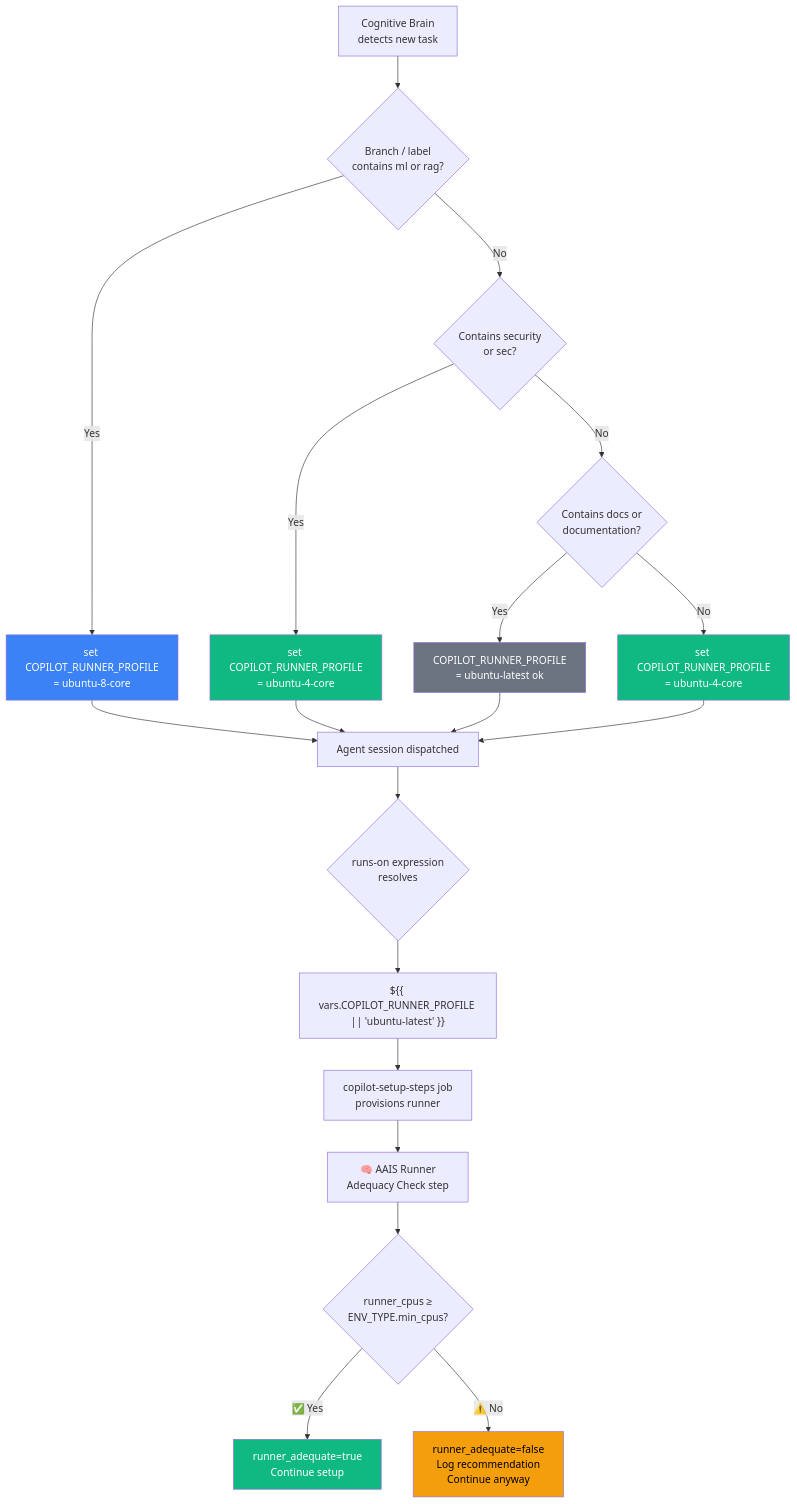
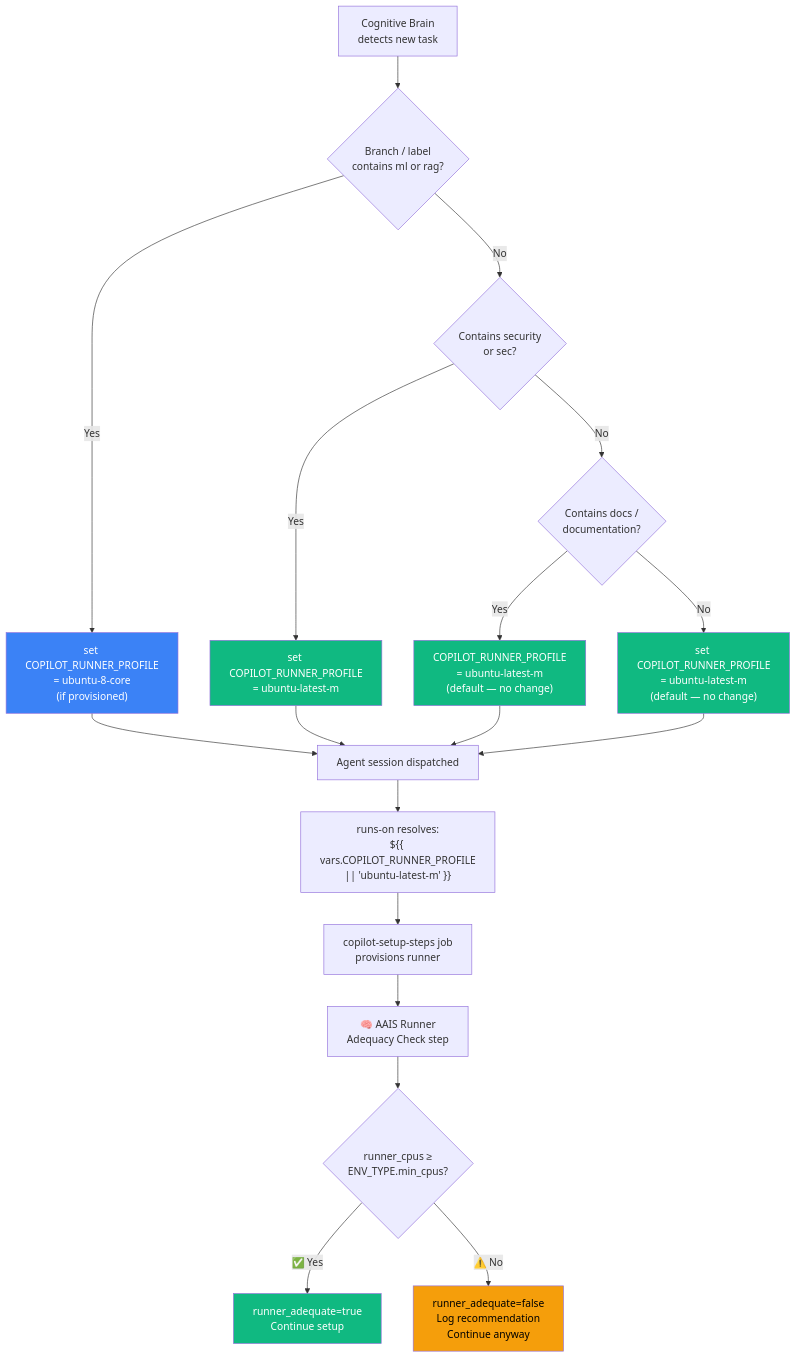
One commit to Aries-Serpent/_codex_ changed the fourth of 8 diagrams in docs/plans/larger-runners-upgrade.md. Above: the diagram before and after it, drawn with Mermaid. The commit also changed other lines of this file and 4 other files, not shown here.

First line of the commit message:
feat(W-122/W-123): activate ubuntu-latest-m runner + document webhooks task

````diff
--- a/docs/plans/larger-runners-upgrade.md
+++ b/docs/plans/larger-runners-upgrade.md
@@ -164,30 +180,29 @@
 ```mermaid
 flowchart TD
     A[Cognitive Brain\ndetects new task] --> B{Branch / label\ncontains ml or rag?}
-    B -->|Yes| C[set COPILOT_RUNNER_PROFILE\n= ubuntu-8-core]
+    B -->|Yes| C["set COPILOT_RUNNER_PROFILE\n= ubuntu-8-core\n(if provisioned)"]
     B -->|No| D{Contains security\nor sec?}
-    D -->|Yes| E[set COPILOT_RUNNER_PROFILE\n= ubuntu-4-core]
-    D -->|No| F{Contains docs or\ndocumentation?}
-    F -->|Yes| G[COPILOT_RUNNER_PROFILE\n= ubuntu-latest ok]
-    F -->|No| H[set COPILOT_RUNNER_PROFILE\n= ubuntu-4-core]
+    D -->|Yes| E["set COPILOT_RUNNER_PROFILE\n= ubuntu-latest-m"]
+    D -->|No| F{Contains docs /\ndocumentation?}
+    F -->|Yes| G["COPILOT_RUNNER_PROFILE\n= ubuntu-latest-m\n(default — no change)"]
+    F -->|No| H["set COPILOT_RUNNER_PROFILE\n= ubuntu-latest-m\n(default — no change)"]
 
     C --> I[Agent session dispatched]
     E --> I
     G --> I
     H --> I
 
-    I --> J{runs-on expression\nresolves}
-    J --> K["${{ vars.COPILOT_RUNNER_PROFILE || 'ubuntu-latest' }}"]
-    K --> L[copilot-setup-steps job\nprovisions runner]
+    I --> J["runs-on resolves:\n${{ vars.COPILOT_RUNNER_PROFILE\n|| 'ubuntu-latest-m' }}"]
+    J --> L[copilot-setup-steps job\nprovisions runner]
     L --> M[🧠 AAIS Runner\nAdequacy Check step]
     M --> N{runner_cpus ≥\nENV_TYPE.min_cpus?}
     N -->|✅ Yes| O[runner_adequate=true\nContinue setup]
-    N -->|⚠️ No| P[runner_adequate=false\nLog recommendation\nContinue anyway]
+    N -->|⚠️ No| P["runner_adequate=false\nLog recommendation\nContinue anyway"]
 
     style C fill:#3b82f6,color:#fff
     style E fill:#10b981,color:#fff
-    style G fill:#6b7280,color:#fff
+    style G fill:#10b981,color:#fff
     style H fill:#10b981,color:#fff
     style O fill:#10b981,color:#fff
     style P fill:#f59e0b,color:#000
 ```
````
